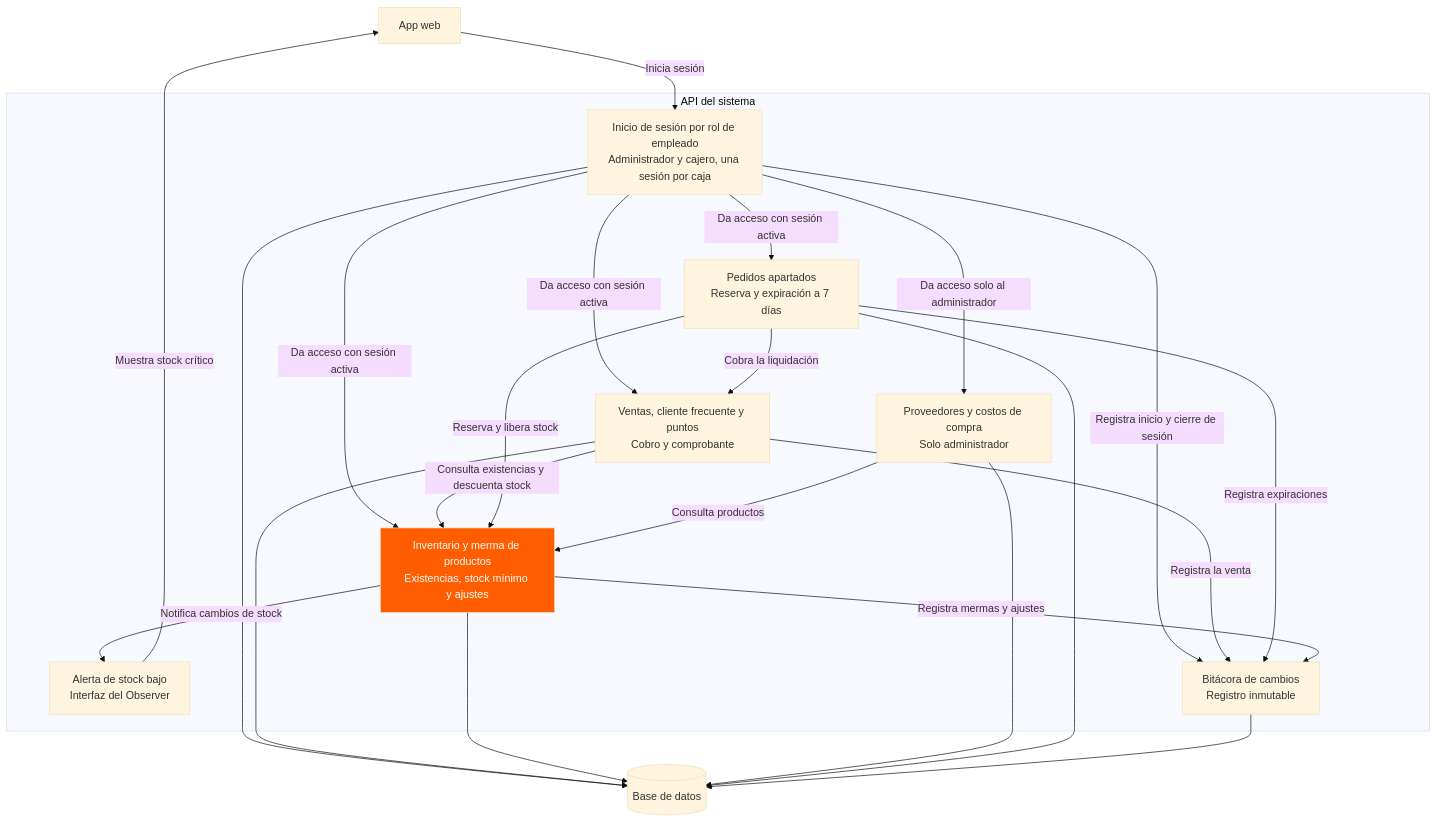
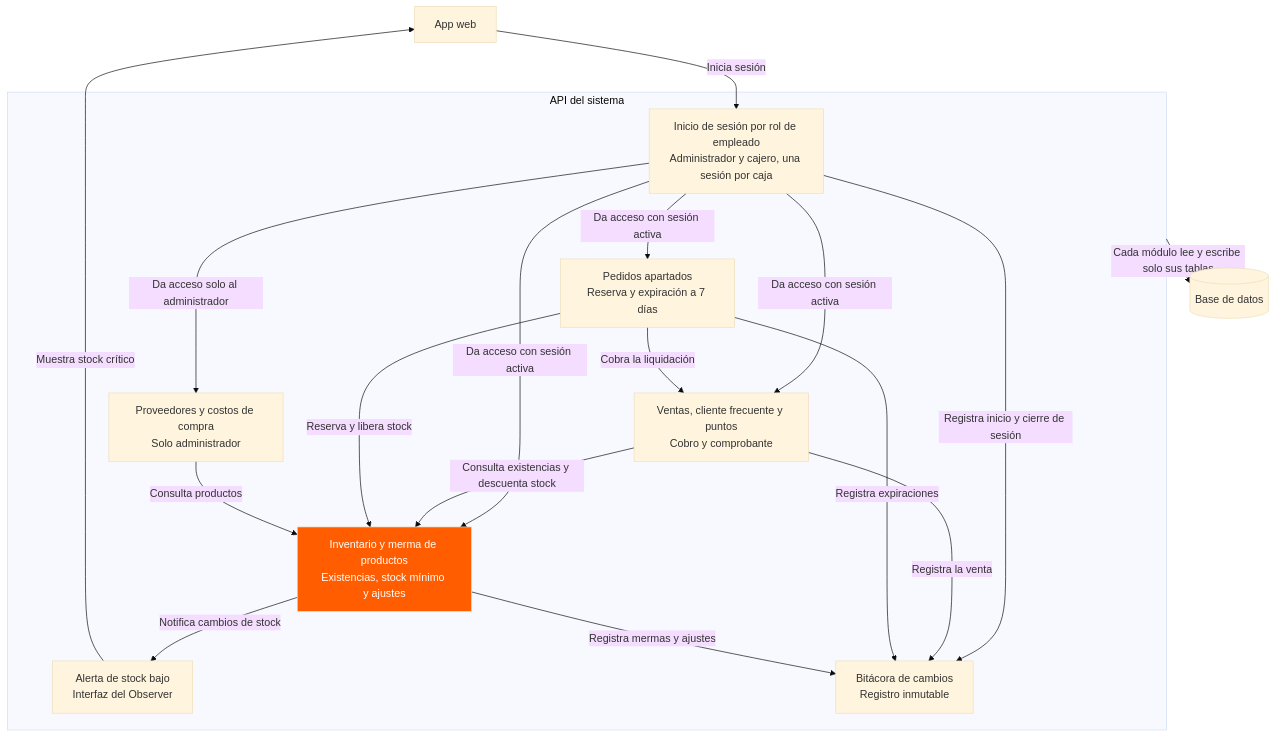
One commit to Invader395/Ingenieria-de-Software changed the third of 3 diagrams in docs/arch/Diagramas-de-arquitectura-Minimarket-Control.md. Above: the diagram before and after it, drawn with Mermaid (base theme).

Commit message:
Refactor architecture diagram to simplify database interactions

````diff
--- a/docs/arch/Diagramas-de-arquitectura-Minimarket-Control.md
+++ b/docs/arch/Diagramas-de-arquitectura-Minimarket-Control.md
@@ -45,43 +45,38 @@
 ```mermaid
 flowchart TD
     web["App web"]
 
     subgraph api["API del sistema"]
         aut["Inicio de sesión por rol de empleado<br/>Administrador y cajero, una sesión por caja"]
         pos["Ventas, cliente frecuente y puntos<br/>Cobro y comprobante"]
         inv["Inventario y merma de productos<br/>Existencias, stock mínimo y ajustes"]
         prov["Proveedores y costos de compra<br/>Solo administrador"]
         apart["Pedidos apartados<br/>Reserva y expiración a 7 días"]
         alert["Alerta de stock bajo<br/>Interfaz del Observer"]
         aud["Bitácora de cambios<br/>Registro inmutable"]
     end
 
     db[("Base de datos")]
 
     web -->|Inicia sesión| aut
 
     aut -->|Da acceso con sesión activa| pos
     aut -->|Da acceso con sesión activa| inv
     aut -->|Da acceso con sesión activa| apart
     aut -->|Da acceso solo al administrador| prov
     aut -->|Registra inicio y cierre de sesión| aud
 
     pos -->|Consulta existencias y descuenta stock| inv
     pos -->|Registra la venta| aud
     apart -->|Reserva y libera stock| inv
     apart -->|Cobra la liquidación| pos
     apart -->|Registra expiraciones| aud
     inv -->|Notifica cambios de stock| alert
     inv -->|Registra mermas y ajustes| aud
     alert -->|Muestra stock crítico| web
     prov -->|Consulta productos| inv
 
-    aut --> db
-    pos --> db
-    inv --> db
-    prov --> db
-    apart --> db
-    aud --> db
+    api -->|Cada módulo lee y escribe solo sus tablas| db
 
     style inv fill:#ff5d00,color:#fff
 ```
````
